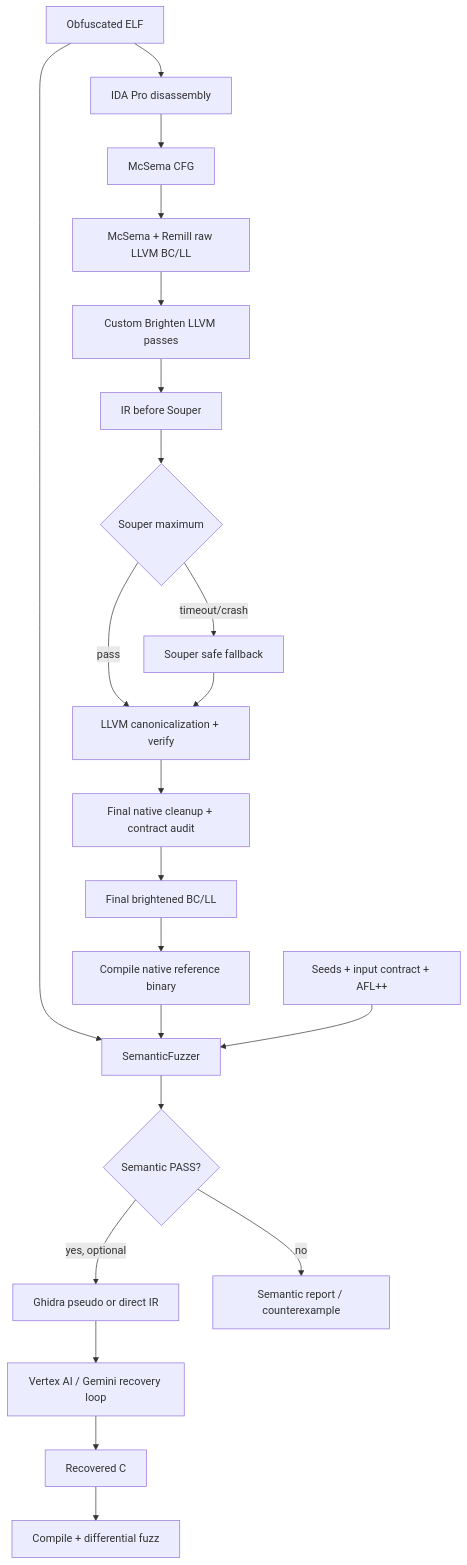
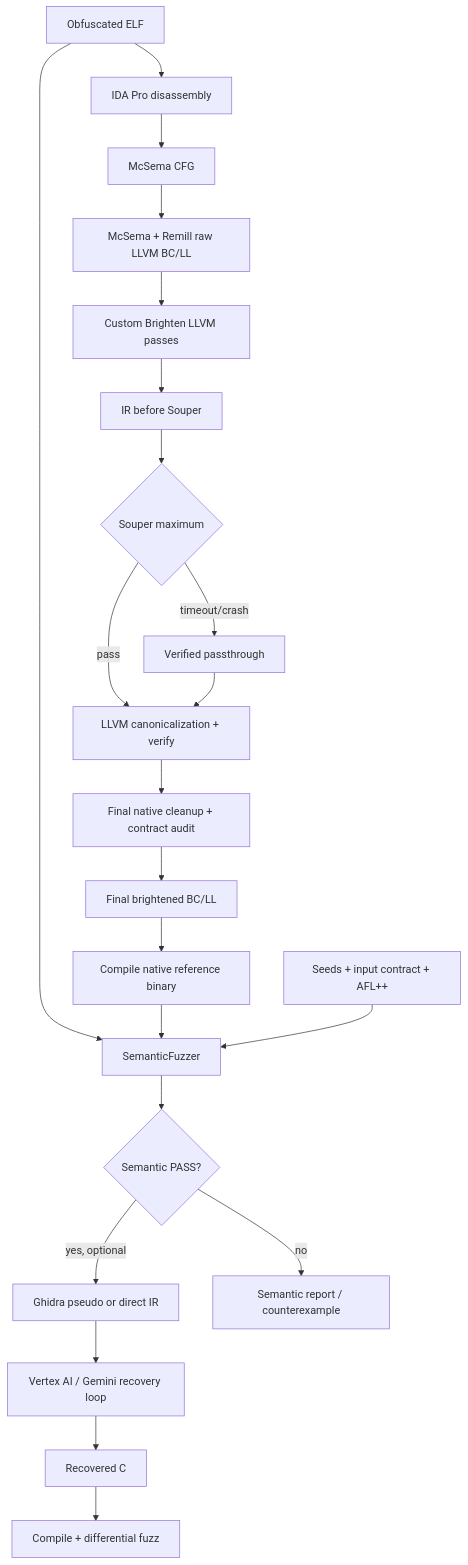
Before and after one commit to dungkkk7/capstone_project: the diagram in README.md, drawn with Mermaid. The commit also changed other lines of this file and 232 other files, not shown here.

````diff
--- a/README.md
+++ b/README.md
@@ -65,24 +65,24 @@
 ```mermaid
 flowchart TD
     A[Obfuscated ELF] --> B[IDA Pro disassembly]
     B --> C[McSema CFG]
     C --> D[McSema + Remill raw LLVM BC/LL]
     D --> E[Custom Brighten LLVM passes]
     E --> G[IR before Souper]
     G --> H{Souper maximum}
     H -->|pass| I[LLVM canonicalization + verify]
-    H -->|timeout/crash| J[Souper safe fallback]
+    H -->|timeout/crash| J[Verified passthrough]
     J --> I
     I --> F[Final native cleanup + contract audit]
     F --> K[Final brightened BC/LL]
     K --> L[Compile native reference binary]
     A --> M[SemanticFuzzer]
     L --> M
     N[Seeds + input contract + AFL++] --> M
     M --> O{Semantic PASS?}
     O -->|yes, optional| P[Ghidra pseudo or direct IR]
     P --> Q[Vertex AI / Gemini recovery loop]
     Q --> R[Recovered C]
     R --> S[Compile + differential fuzz]
     O -->|no| T[Semantic report / counterexample]
 ```
````
